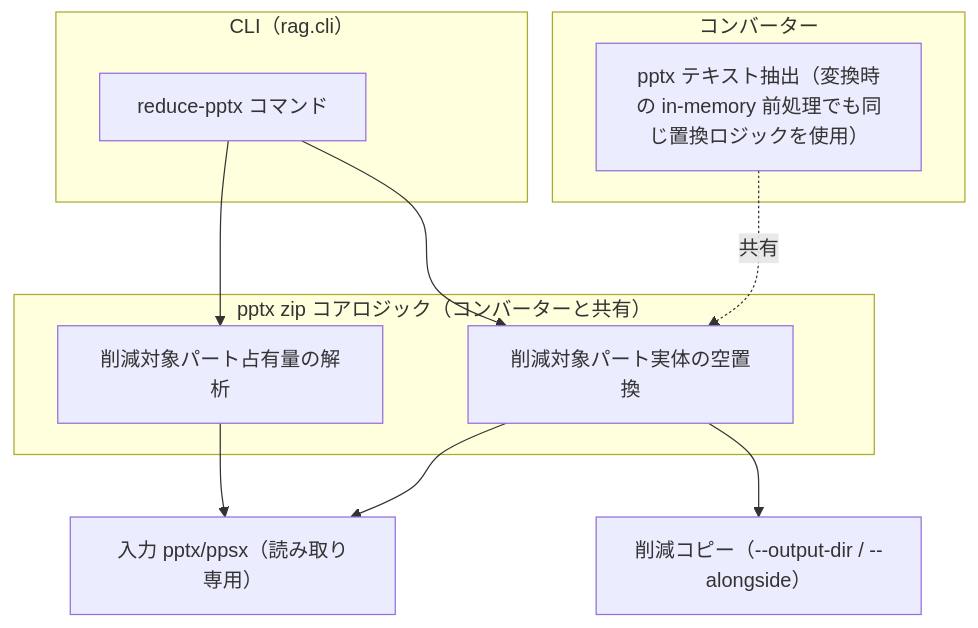
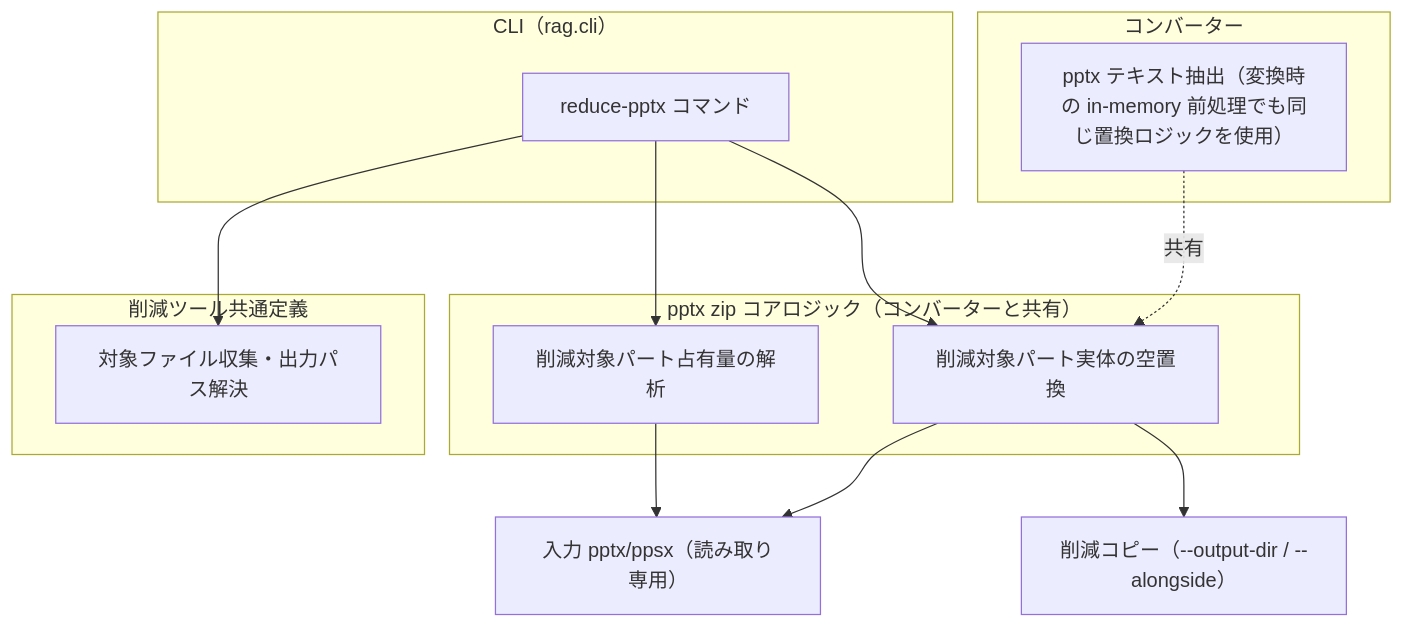
The diagram in docs/specs/infrastructure/pptx-media-reduction.md (becky3/rag-knowledge), drawn with Mermaid before and after one commit. The commit also changed other lines of this file, not shown here.

Commit message:
docs(pptx-media-reduction): 共通モジュール化をコンポーネント構成に反映 (#802)
対象ファイル収集・出力パス解決が CLI から削減ツール共通定義へ移動したが、
pptx 側の仕様書が未更新で、PDF 側の「共通の定義を用いる」という記述と
非対称になっていた。

````diff
--- a/docs/specs/infrastructure/pptx-media-reduction.md
+++ b/docs/specs/infrastructure/pptx-media-reduction.md
@@ -72,25 +74,30 @@
 ```mermaid
 flowchart TB
     subgraph CLI["CLI（rag.cli）"]
         CMD["reduce-pptx コマンド"]
+    end
+
+    subgraph Shared["削減ツール共通定義"]
+        COLLECT["対象ファイル収集・出力パス解決"]
     end
 
     subgraph Core["pptx zip コアロジック（コンバーターと共有）"]
         ANALYZE["削減対象パート占有量の解析"]
         REDUCE["削減対象パート実体の空置換"]
     end
 
     subgraph Converter["コンバーター"]
         EXTRACT["pptx テキスト抽出（変換時の in-memory 前処理でも同じ置換ロジックを使用）"]
     end
 
     SRC["入力 pptx/ppsx（読み取り専用）"]
     DST["削減コピー（--output-dir / --alongside）"]
 
+    CMD --> COLLECT
     CMD --> ANALYZE
     CMD --> REDUCE
     ANALYZE --> SRC
     REDUCE --> SRC
     REDUCE --> DST
     EXTRACT -.共有.-> REDUCE
 ```
````
